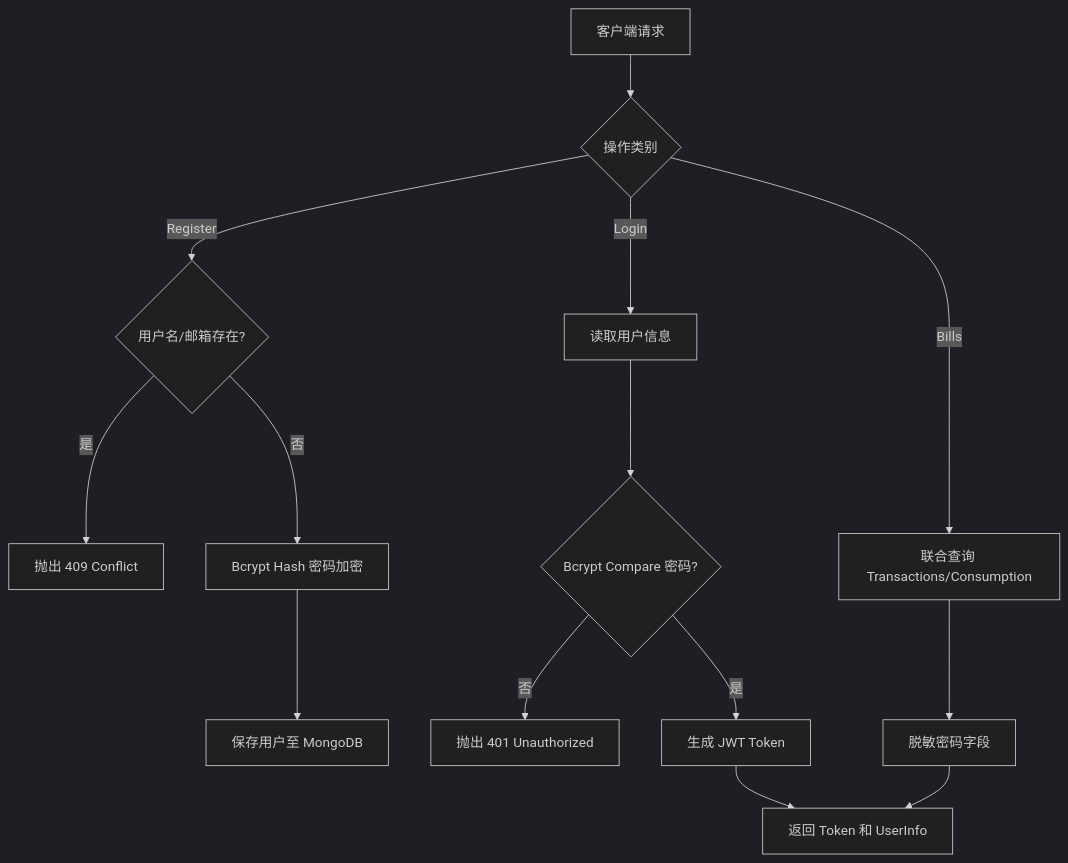
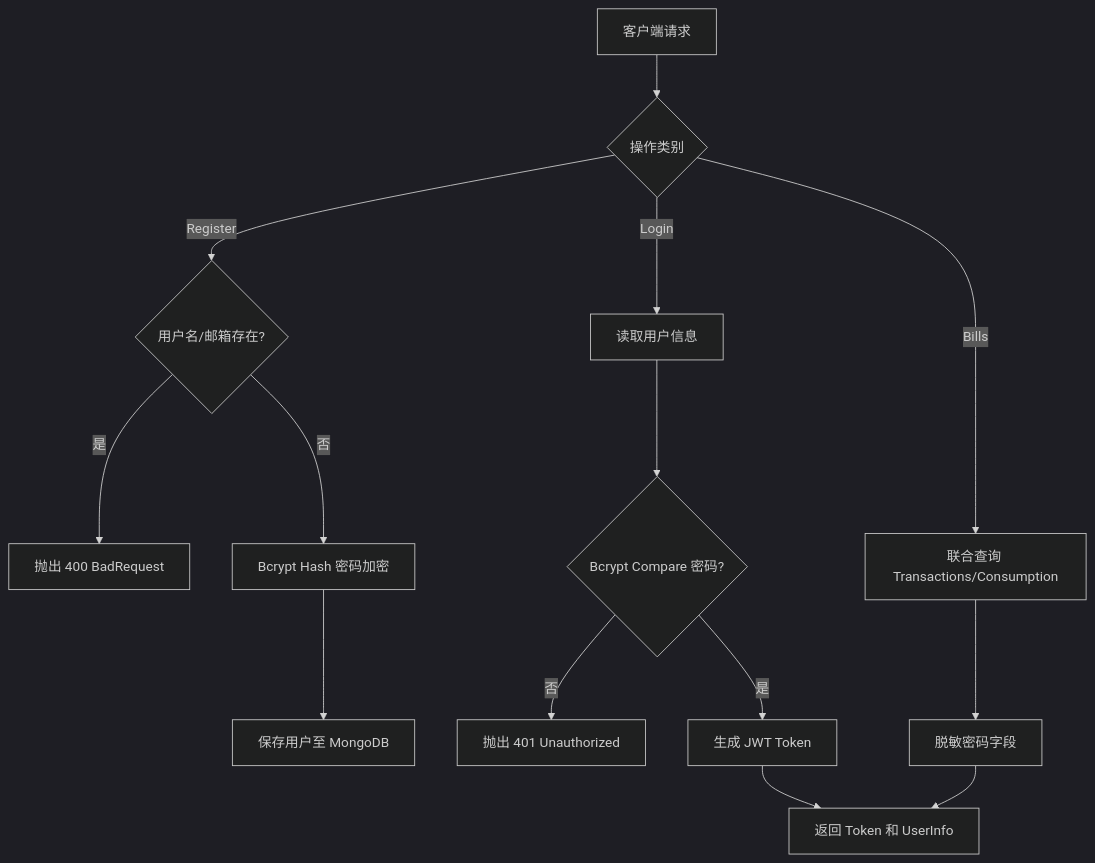
One commit to KlayPeter/man-shi-mai changed the diagram in apps/server/src/user/Agent.md. Above: the diagram before and after it, drawn with Mermaid (dark theme). The commit also changed other lines of this file and 53 other files, not shown here.

````diff
--- a/apps/server/src/user/Agent.md
+++ b/apps/server/src/user/Agent.md
@@ -11,18 +11,18 @@
 ```mermaid
 graph TD
     Client[客户端请求] --> Action{操作类别}
     Action -- Register --> CheckExists{用户名/邮箱存在?}
-    CheckExists -- 是 --> Throw409[抛出 409 Conflict]
+    CheckExists -- 是 --> Throw400[抛出 400 BadRequest]
     CheckExists -- 否 --> HashPass[Bcrypt Hash 密码加密]
     HashPass --> SaveDB[保存用户至 MongoDB]
     
     Action -- Login --> FetchUser[读取用户信息]
     FetchUser --> VerifyPass{Bcrypt Compare 密码?}
     VerifyPass -- 否 --> Throw401[抛出 401 Unauthorized]
     VerifyPass -- 是 --> SignJwt[生成 JWT Token]
     SignJwt --> Response[返回 Token 和 UserInfo]
     
     Action -- Bills --> QueryDB[联合查询 Transactions/Consumption]
     QueryDB --> FilterFields[脱敏密码字段]
     FilterFields --> Response
 ```
````
